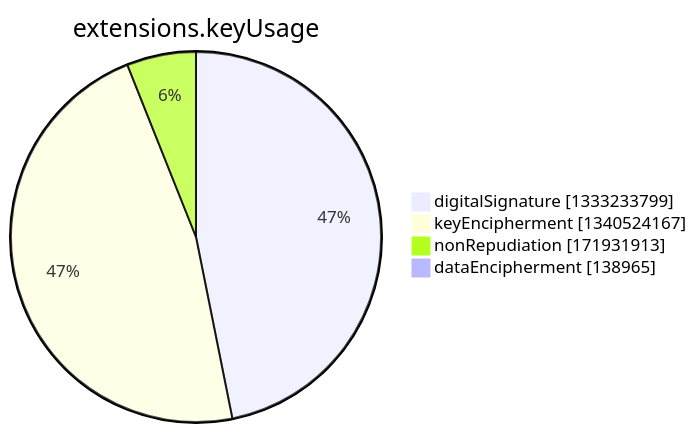
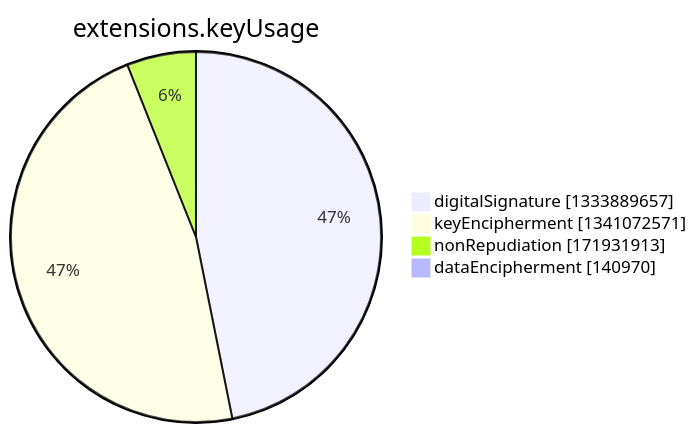
The seventh of 15 diagrams in argon2022/README.md (christiankrug/ctmonitor_visualization), drawn with Mermaid before and after one commit. The commit also changed other lines of this file, not shown here.

````diff
--- a/argon2022/README.md
+++ b/argon2022/README.md
@@ -2750,8 +2750,8 @@
 ```mermaid
 pie showData
 title extensions.keyUsage
-"digitalSignature" :1333233799
-"keyEncipherment" :1340524167
+"digitalSignature" :1333889657
+"keyEncipherment" :1341072571
 "nonRepudiation" :171931913
-"dataEncipherment" :138965
+"dataEncipherment" :140970
 ```
````
